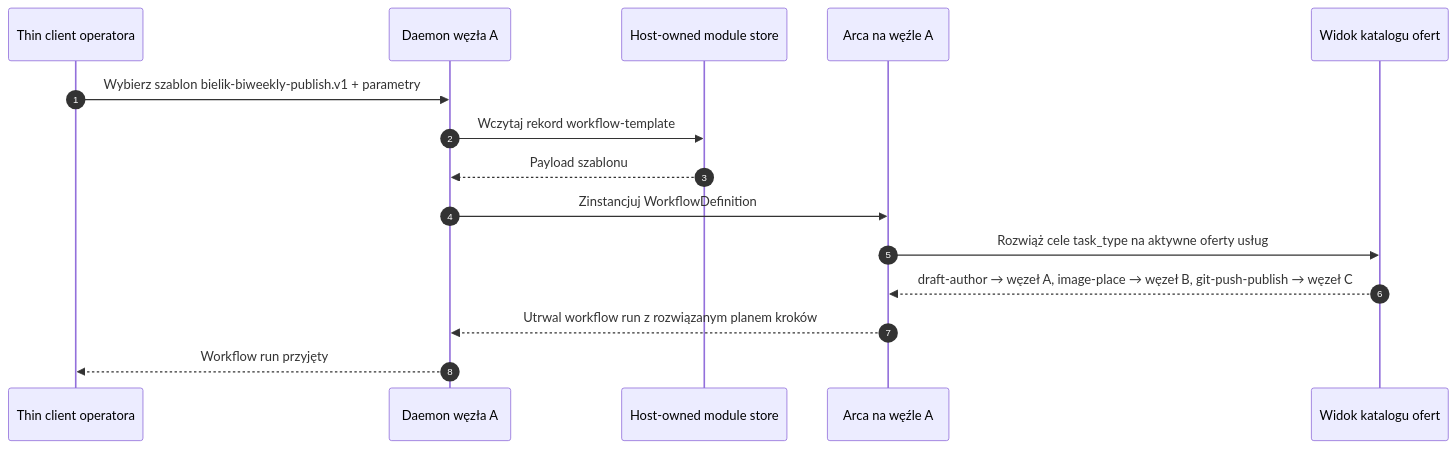
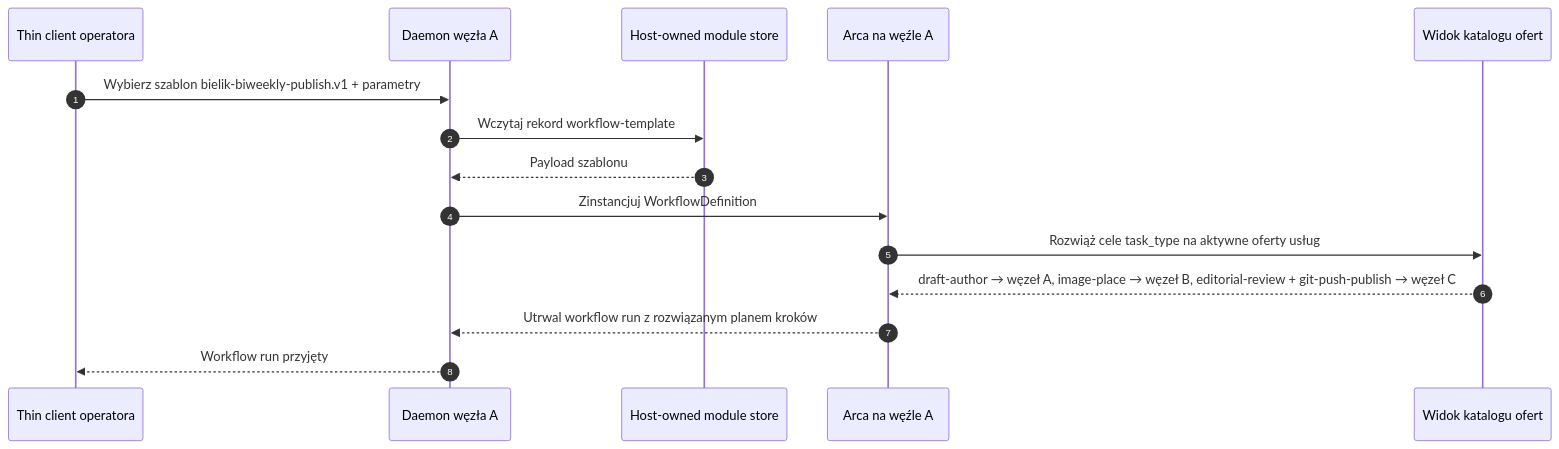
One commit to diapod/orbidocs changed the first of 5 diagrams in doc/project/30-stories/story-009-bielik-blog-arca.pl.md. Above: the diagram before and after it, drawn with Mermaid. The commit also changed other lines of this file and 15 other files, not shown here.

````diff
--- a/doc/project/30-stories/story-009-bielik-blog-arca.pl.md
+++ b/doc/project/30-stories/story-009-bielik-blog-arca.pl.md
@@ -858,18 +875,18 @@
 ```mermaid
 sequenceDiagram
     autonumber
     participant Operator as Thin client operatora
     participant DaemonA as Daemon węzła A
     participant StoreA as Host-owned module store
     participant ArcaA as Arca na węźle A
     participant Offers as Widok katalogu ofert
 
     Operator->>DaemonA: Wybierz szablon bielik-biweekly-publish.v1 + parametry
     DaemonA->>StoreA: Wczytaj rekord workflow-template
     StoreA-->>DaemonA: Payload szablonu
     DaemonA->>ArcaA: Zinstancjuj WorkflowDefinition
     ArcaA->>Offers: Rozwiąż cele task_type na aktywne oferty usług
-    Offers-->>ArcaA: draft-author → węzeł A, image-place → węzeł B, git-push-publish → węzeł C
+    Offers-->>ArcaA: draft-author → węzeł A, image-place → węzeł B, editorial-review + git-push-publish → węzeł C
     ArcaA-->>DaemonA: Utrwal workflow run z rozwiązanym planem kroków
     DaemonA-->>Operator: Workflow run przyjęty
 ```
````
